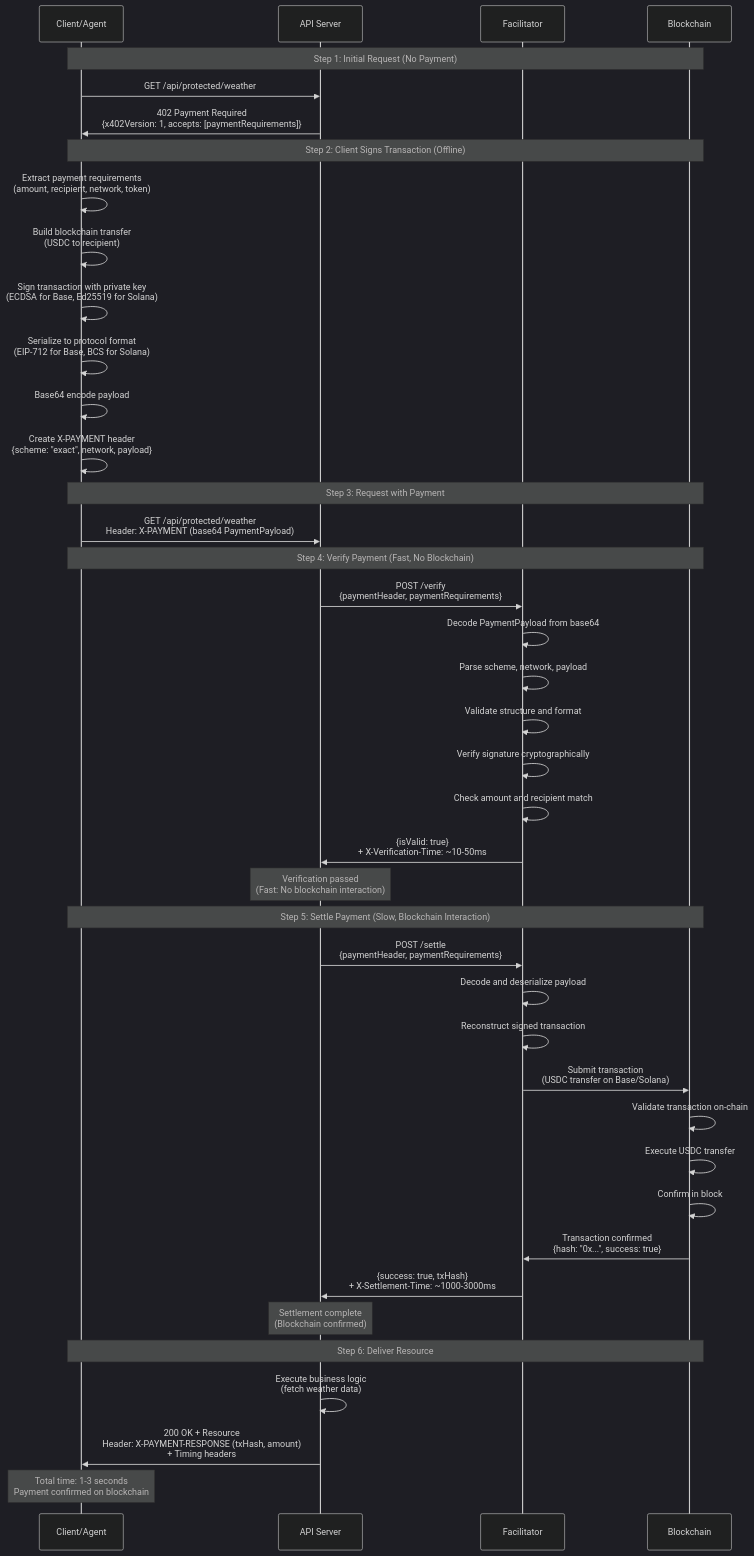
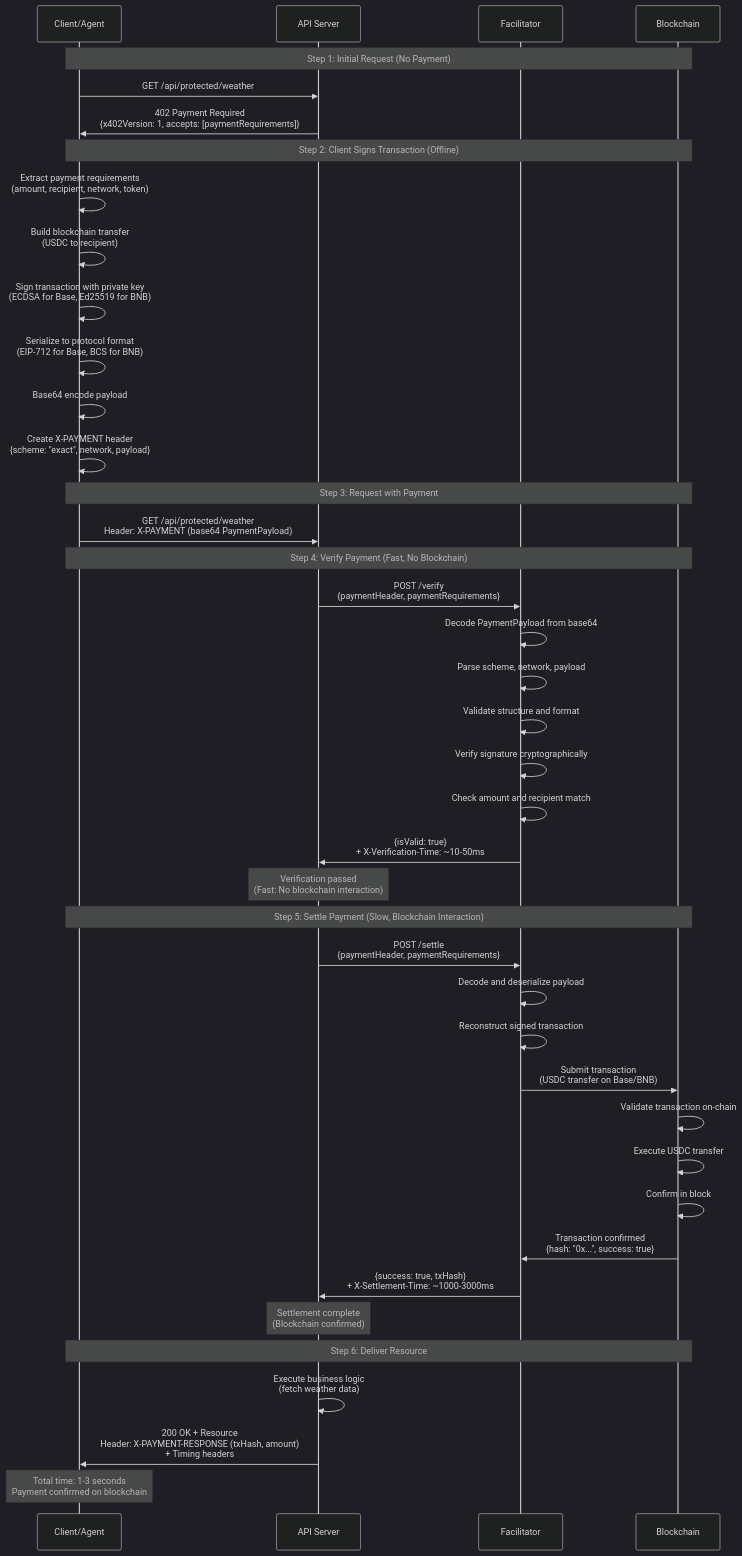
The first of 2 diagrams in docs/protocol-sequence.md (LolyxMoon/Aptos-x402), drawn with Mermaid (dark theme) before and after one commit. The commit also changed other lines of this file and 12 other files, not shown here.

````diff
--- a/docs/protocol-sequence.md
+++ b/docs/protocol-sequence.md
@@ -5,52 +5,52 @@
 ```mermaid
 sequenceDiagram
     participant Client/Agent
     participant API Server
     participant Facilitator
     participant Blockchain
 
     Note over Client/Agent,Blockchain: Step 1: Initial Request (No Payment)
     Client/Agent->>API Server: GET /api/protected/weather
     API Server->>Client/Agent: 402 Payment Required<br/>{x402Version: 1, accepts: [paymentRequirements]}
 
     Note over Client/Agent,Blockchain: Step 2: Client Signs Transaction (Offline)
     Client/Agent->>Client/Agent: Extract payment requirements<br/>(amount, recipient, network, token)
     Client/Agent->>Client/Agent: Build blockchain transfer<br/>(USDC to recipient)
-    Client/Agent->>Client/Agent: Sign transaction with private key<br/>(ECDSA for Base, Ed25519 for Solana)
-    Client/Agent->>Client/Agent: Serialize to protocol format<br/>(EIP-712 for Base, BCS for Solana)
+    Client/Agent->>Client/Agent: Sign transaction with private key<br/>(ECDSA for Base, Ed25519 for BNB)
+    Client/Agent->>Client/Agent: Serialize to protocol format<br/>(EIP-712 for Base, BCS for BNB)
     Client/Agent->>Client/Agent: Base64 encode payload
     Client/Agent->>Client/Agent: Create X-PAYMENT header<br/>{scheme: "exact", network, payload}
 
     Note over Client/Agent,Blockchain: Step 3: Request with Payment
     Client/Agent->>API Server: GET /api/protected/weather<br/>Header: X-PAYMENT (base64 PaymentPayload)
 
     Note over Client/Agent,Blockchain: Step 4: Verify Payment (Fast, No Blockchain)
     API Server->>Facilitator: POST /verify<br/>{paymentHeader, paymentRequirements}
     Facilitator->>Facilitator: Decode PaymentPayload from base64
     Facilitator->>Facilitator: Parse scheme, network, payload
     Facilitator->>Facilitator: Validate structure and format
     Facilitator->>Facilitator: Verify signature cryptographically
     Facilitator->>Facilitator: Check amount and recipient match
     Facilitator->>API Server: {isValid: true}<br/>+ X-Verification-Time: ~10-50ms
     
     Note over API Server: Verification passed<br/>(Fast: No blockchain interaction)
 
     Note over Client/Agent,Blockchain: Step 5: Settle Payment (Slow, Blockchain Interaction)
     API Server->>Facilitator: POST /settle<br/>{paymentHeader, paymentRequirements}
     Facilitator->>Facilitator: Decode and deserialize payload
     Facilitator->>Facilitator: Reconstruct signed transaction
-    Facilitator->>Blockchain: Submit transaction<br/>(USDC transfer on Base/Solana)
+    Facilitator->>Blockchain: Submit transaction<br/>(USDC transfer on Base/BNB)
     Blockchain->>Blockchain: Validate transaction on-chain
     Blockchain->>Blockchain: Execute USDC transfer
     Blockchain->>Blockchain: Confirm in block
     Blockchain->>Facilitator: Transaction confirmed<br/>{hash: "0x...", success: true}
     Facilitator->>API Server: {success: true, txHash}<br/>+ X-Settlement-Time: ~1000-3000ms
 
     Note over API Server: Settlement complete<br/>(Blockchain confirmed)
 
     Note over Client/Agent,Blockchain: Step 6: Deliver Resource
     API Server->>API Server: Execute business logic<br/>(fetch weather data)
     API Server->>Client/Agent: 200 OK + Resource<br/>Header: X-PAYMENT-RESPONSE (txHash, amount)<br/>+ Timing headers
 
     Note over Client/Agent: Total time: 1-3 seconds<br/>Payment confirmed on blockchain
 ```
````
